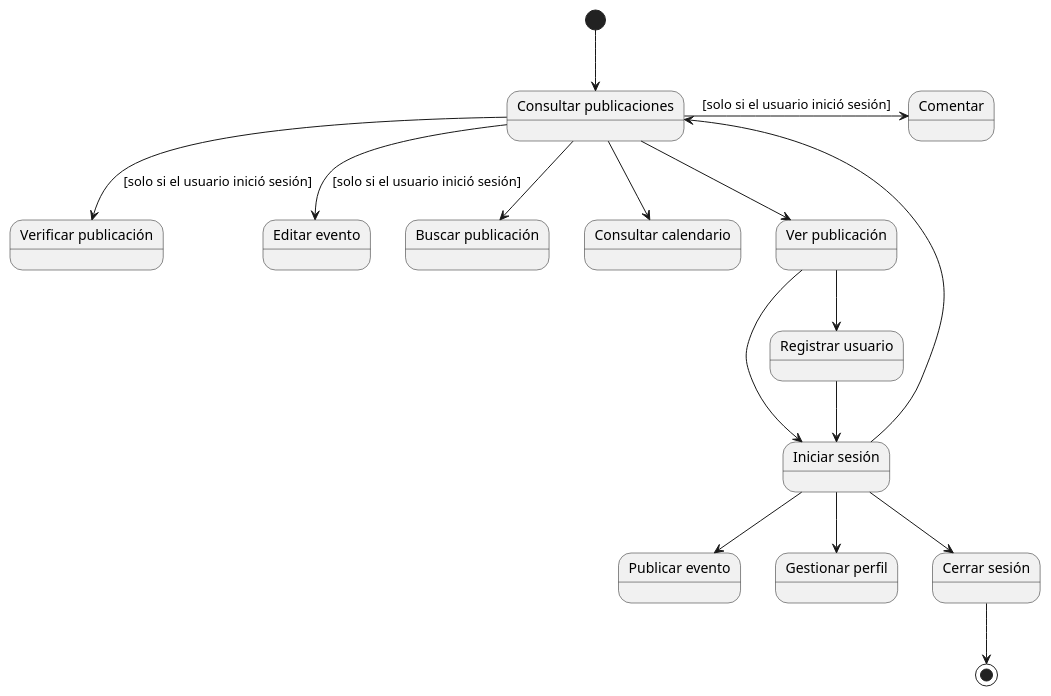
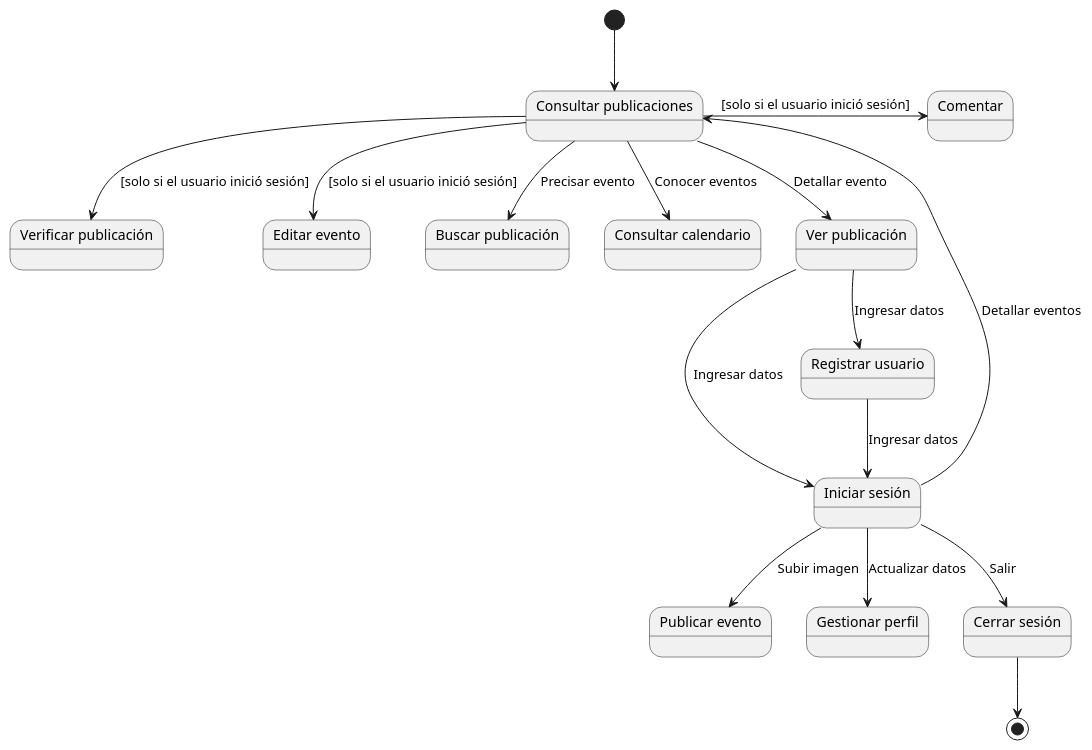
Before and after one commit to Dayannis-07/ING_SOFT: the diagram in docs/scenariosView/stateDiagramUseCases.puml, drawn with PlantUML. The commit also changed 18 other files, not shown here.

Commit message:
corrections to diagrams and interfaces

```diff
--- a/docs/scenariosView/stateDiagramUseCases.puml
+++ b/docs/scenariosView/stateDiagramUseCases.puml
@@ -1,32 +1,32 @@
 @startuml State diagram use cases
 
 state "Verificar publicación" as class1
 state "Iniciar sesión" as class2
 state "Publicar evento" as class3
 state "Comentar" as class4
 state "Editar evento" as class5
 state "Gestionar perfil" as class6
 state "Consultar publicaciones" as class7
 state "Buscar publicación" as class8
 state "Cerrar sesión" as class9
 state "Consultar calendario" as class10
 state "Ver publicación" as class11
 state "Registrar usuario" as class12
 
 [*] --> class7
-class7 --> class11
-class11 --> class12
-class11 --> class2
-class12 --> class2
-class2 --> class9
-class2 --> class6
-class2 --> class3
-class2 --> class7
-class7 --> class8
+class7 --> class11: Detallar evento
+class11 --> class12: Ingresar datos
+class11 --> class2: Ingresar datos
+class12 --> class2: Ingresar datos
+class2 --> class9: Salir
+class2 --> class6: Actualizar datos
+class2 --> class3: Subir imagen
+class2 --> class7: Detallar eventos
+class7 --> class8: Precisar evento
 class7 -r-> class4: [solo si el usuario inició sesión]
 class7 --> class5: [solo si el usuario inició sesión]
 class7 --> class1: [solo si el usuario inició sesión]
-class7 --> class10
+class7 --> class10: Conocer eventos
 class9 --> [*]
 
 @enduml
```
